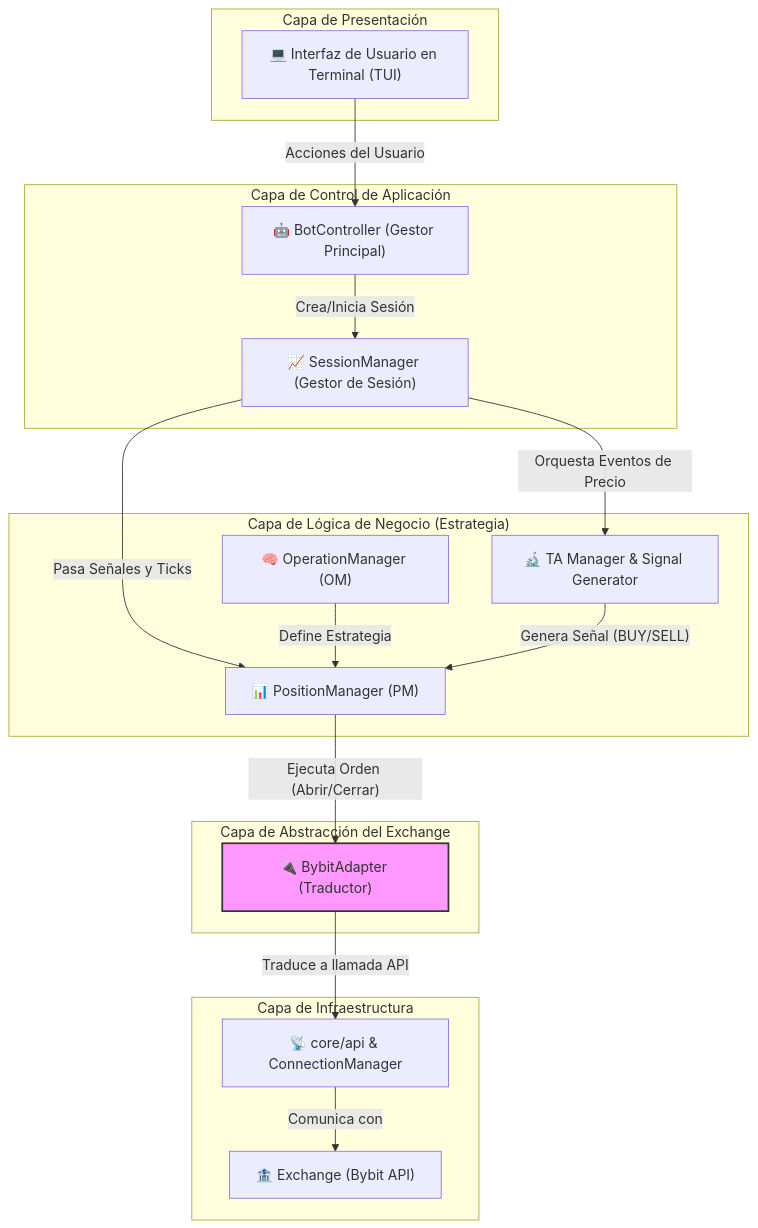
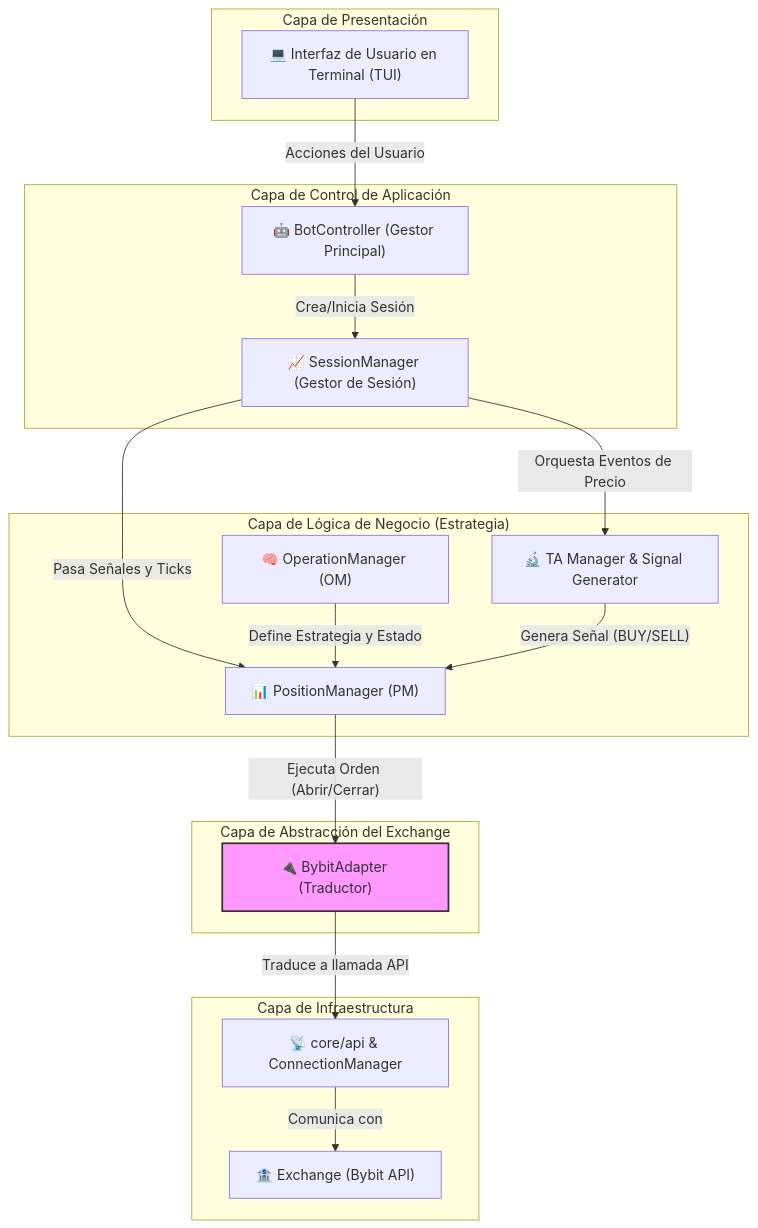
One commit to zantgo/bybit-futures-bot changed the first of 4 diagrams in README.md. Above: the diagram before and after it, drawn with Mermaid. The commit also changed other lines of this file, not shown here.

````diff
--- a/README.md
+++ b/README.md
@@ -36,38 +42,38 @@
 ```mermaid
 graph TD
     subgraph "Capa de Presentación"
         TUI["💻 Interfaz de Usuario en Terminal (TUI)"]
     end
 
     subgraph "Capa de Control de Aplicación"
         BotController["🤖 BotController (Gestor Principal)"]
         SessionManager["📈 SessionManager (Gestor de Sesión)"]
     end
 
     subgraph "Capa de Lógica de Negocio (Estrategia)"
         OM["🧠 OperationManager (OM)"]
         PM["📊 PositionManager (PM)"]
         TA_Signal["🔬 TA Manager & Signal Generator"]
     end
 
     subgraph "Capa de Abstracción del Exchange"
         style Adapter fill:#f9f,stroke:#333,stroke-width:2px
         Adapter["🔌 BybitAdapter (Traductor)"]
     end
 
     subgraph "Capa de Infraestructura"
         API["📡 core/api & ConnectionManager"]
         Bybit["🏦 Exchange (Bybit API)"]
     end
 
-    %% --- Conexiones entre capas ---
+    %% --- Conexiones y Flujo de Control ---
     TUI -- "Acciones del Usuario" --> BotController
     BotController -- "Crea/Inicia Sesión" --> SessionManager
     SessionManager -- "Orquesta Eventos de Precio" --> TA_Signal
     SessionManager -- "Pasa Señales y Ticks" --> PM
-    OM -- "Define Estrategia" --> PM
+    OM -- "Define Estrategia y Estado" --> PM
     TA_Signal -- "Genera Señal (BUY/SELL)" --> PM
     PM -- "Ejecuta Orden (Abrir/Cerrar)" --> Adapter
     Adapter -- "Traduce a llamada API" --> API
     API -- "Comunica con" --> Bybit
 ```
````
